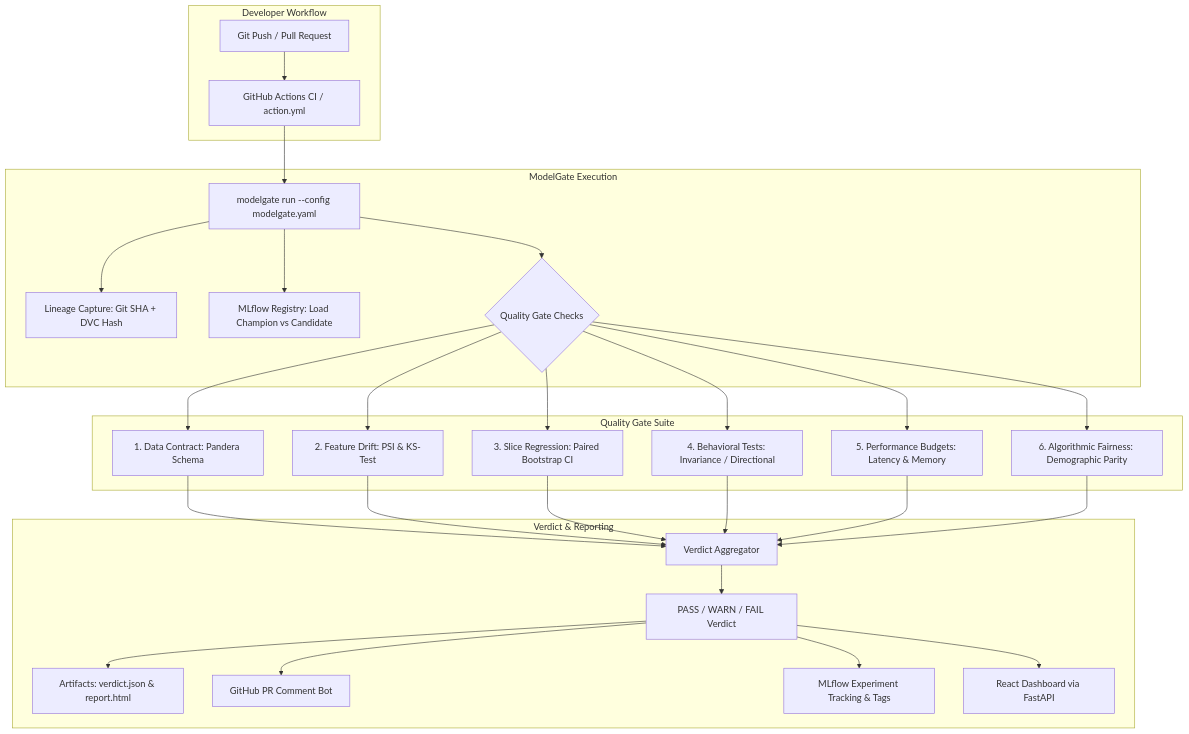
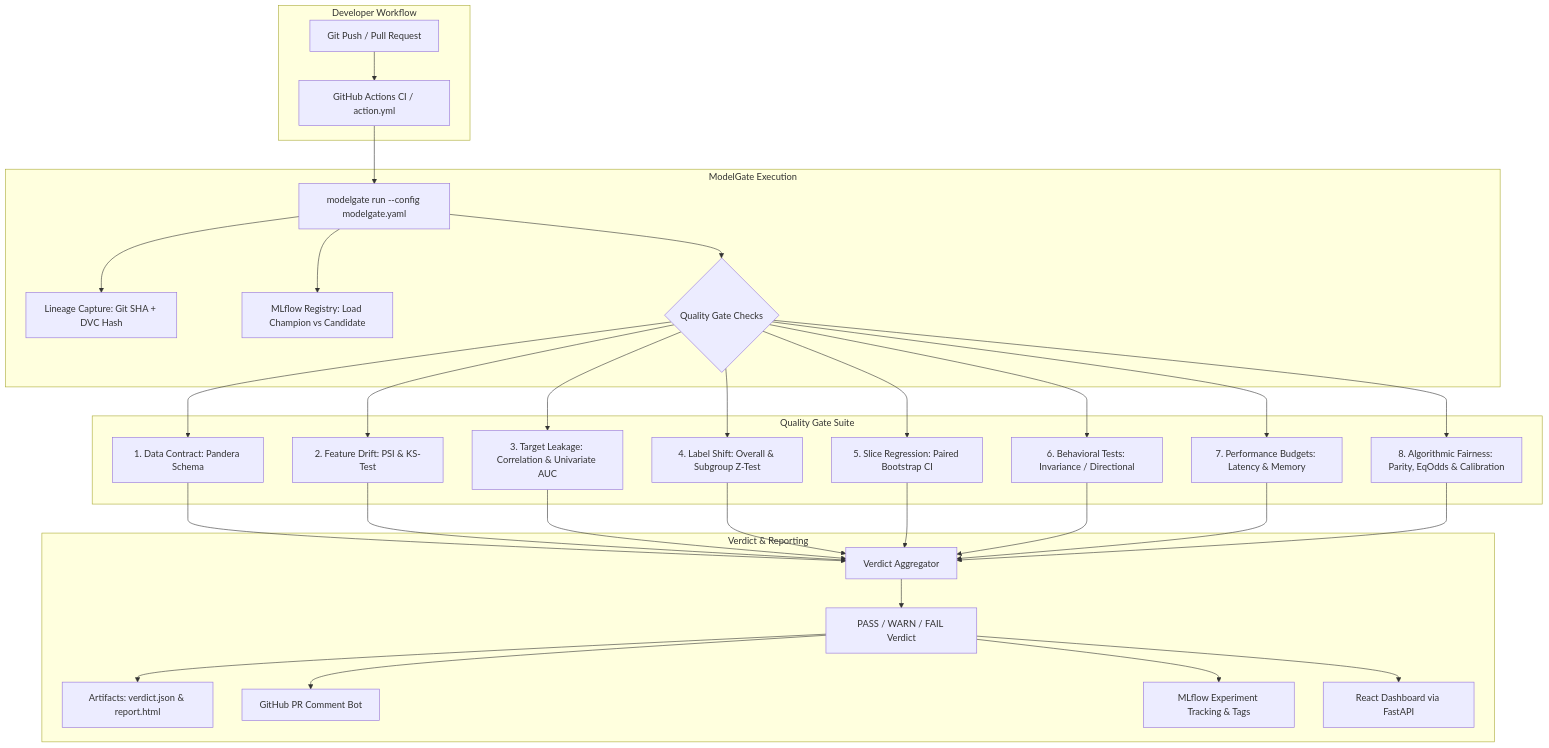
The diagram in README.md (taqi-stark/modelgate-pr-e2e-scratch), drawn with Mermaid before and after one commit. The commit also changed other lines of this file and 5 other files, not shown here.

````diff
--- a/README.md
+++ b/README.md
@@ -68,31 +70,33 @@
 ```mermaid
 flowchart TD
     subgraph Developer Workflow
         A[Git Push / Pull Request] --> B[GitHub Actions CI / action.yml]
     end
 
     subgraph ModelGate Execution
         B --> C[modelgate run --config modelgate.yaml]
         C --> D[Lineage Capture: Git SHA + DVC Hash]
         C --> E[MLflow Registry: Load Champion vs Candidate]
         C --> F{Quality Gate Checks}
     end
 
     subgraph Quality Gate Suite
         F --> G1[1. Data Contract: Pandera Schema]
         F --> G2[2. Feature Drift: PSI & KS-Test]
-        F --> G3[3. Slice Regression: Paired Bootstrap CI]
-        F --> G4[4. Behavioral Tests: Invariance / Directional]
-        F --> G5[5. Performance Budgets: Latency & Memory]
-        F --> G6[6. Algorithmic Fairness: Demographic Parity]
+        F --> G3[3. Target Leakage: Correlation & Univariate AUC]
+        F --> G4[4. Label Shift: Overall & Subgroup Z-Test]
+        F --> G5[5. Slice Regression: Paired Bootstrap CI]
+        F --> G6[6. Behavioral Tests: Invariance / Directional]
+        F --> G7[7. Performance Budgets: Latency & Memory]
+        F --> G8[8. Algorithmic Fairness: Parity, EqOdds & Calibration]
     end
 
     subgraph Verdict & Reporting
-        G1 & G2 & G3 & G4 & G5 & G6 --> H[Verdict Aggregator]
+        G1 & G2 & G3 & G4 & G5 & G6 & G7 & G8 --> H[Verdict Aggregator]
         H --> I[PASS / WARN / FAIL Verdict]
         I --> J[Artifacts: verdict.json & report.html]
         I --> K[GitHub PR Comment Bot]
         I --> L[MLflow Experiment Tracking & Tags]
         I --> M[React Dashboard via FastAPI]
     end
 ```
````
